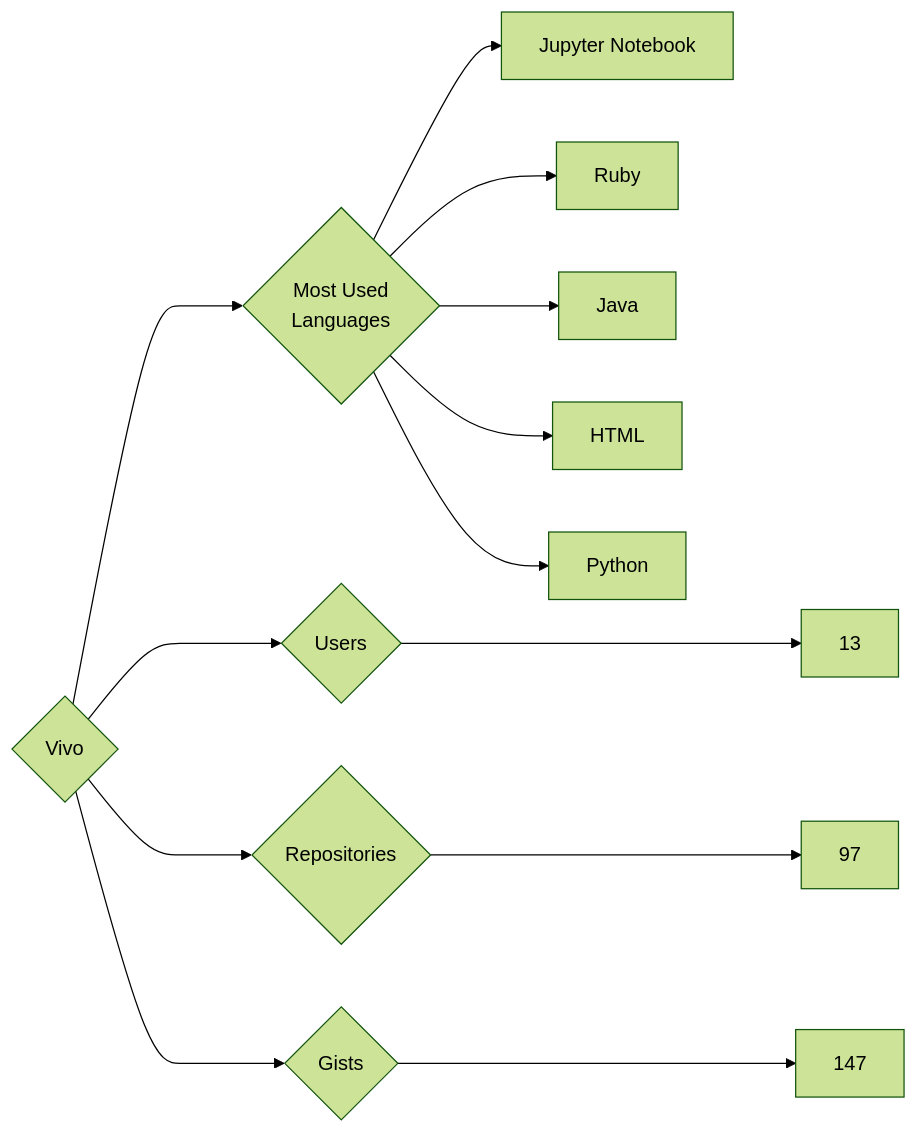
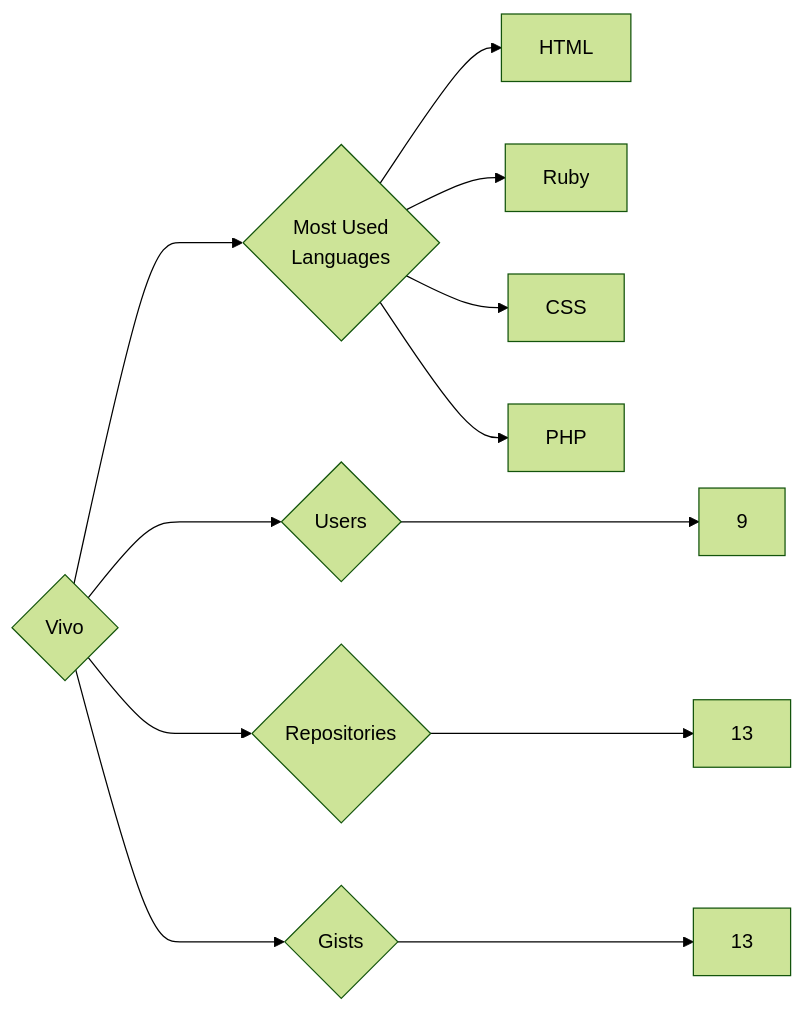
Before and after one commit to trickest/insiders: the diagram in targets/Vivo/README.md, drawn with Mermaid (forest theme). The commit also changed 1011 other files, not shown here.

````diff
--- a/targets/Vivo/README.md
+++ b/targets/Vivo/README.md
@@ -3,13 +3,12 @@
 ```mermaid
 graph LR
 COMPANY_NAME{Vivo}
-COMPANY_NAME ---> U{Users} ---> UN[13]
-COMPANY_NAME ---> R{Repositories} ---> RN[97]
-COMPANY_NAME ---> G{Gists} ---> GN[147]
+COMPANY_NAME ---> U{Users} ---> UN[9]
+COMPANY_NAME ---> R{Repositories} ---> RN[13]
+COMPANY_NAME ---> G{Gists} ---> GN[13]
 COMPANY_NAME ---> ML{Most Used<br>Languages}
-ML --> Jupyter_Notebook[Jupyter Notebook]
+ML --> HTML[HTML]
 ML --> Ruby[Ruby]
-ML --> Java[Java]
-ML --> HTML[HTML]
-ML --> Python[Python]
+ML --> CSS[CSS]
+ML --> PHP[PHP]
 ```
````
